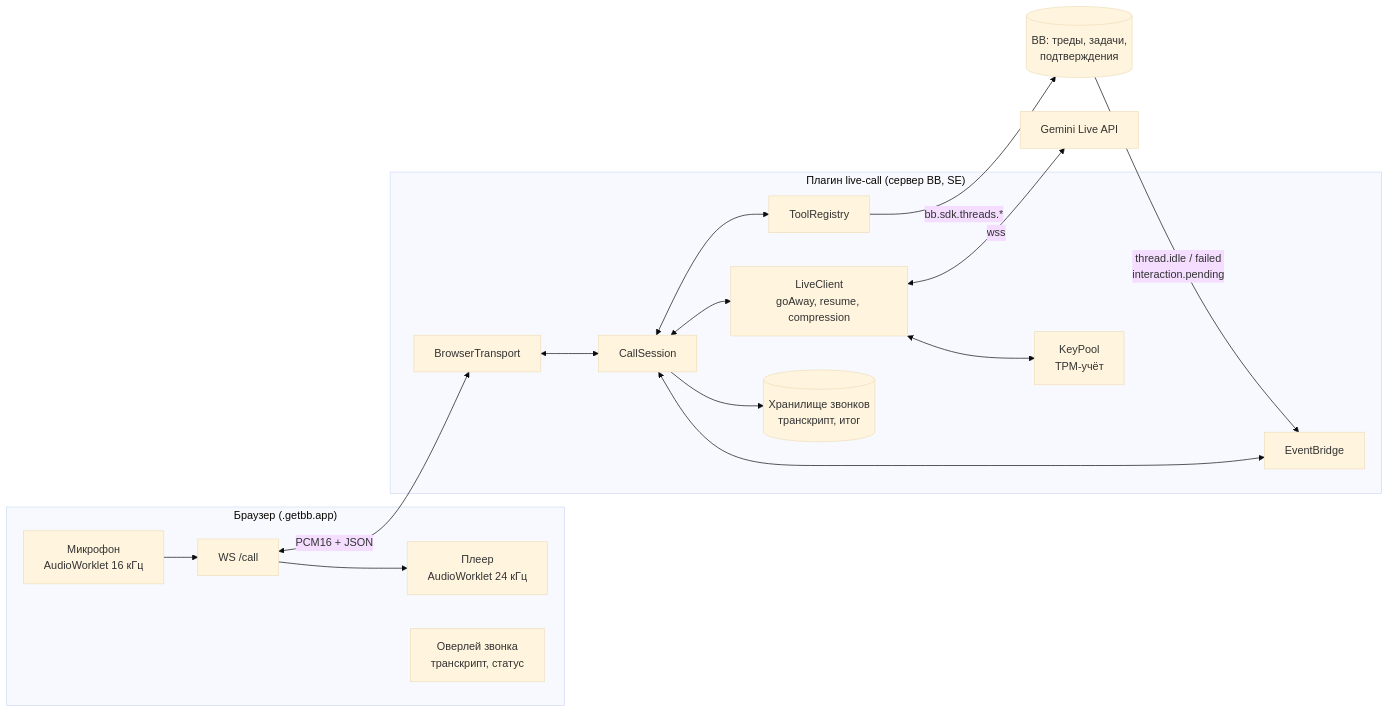
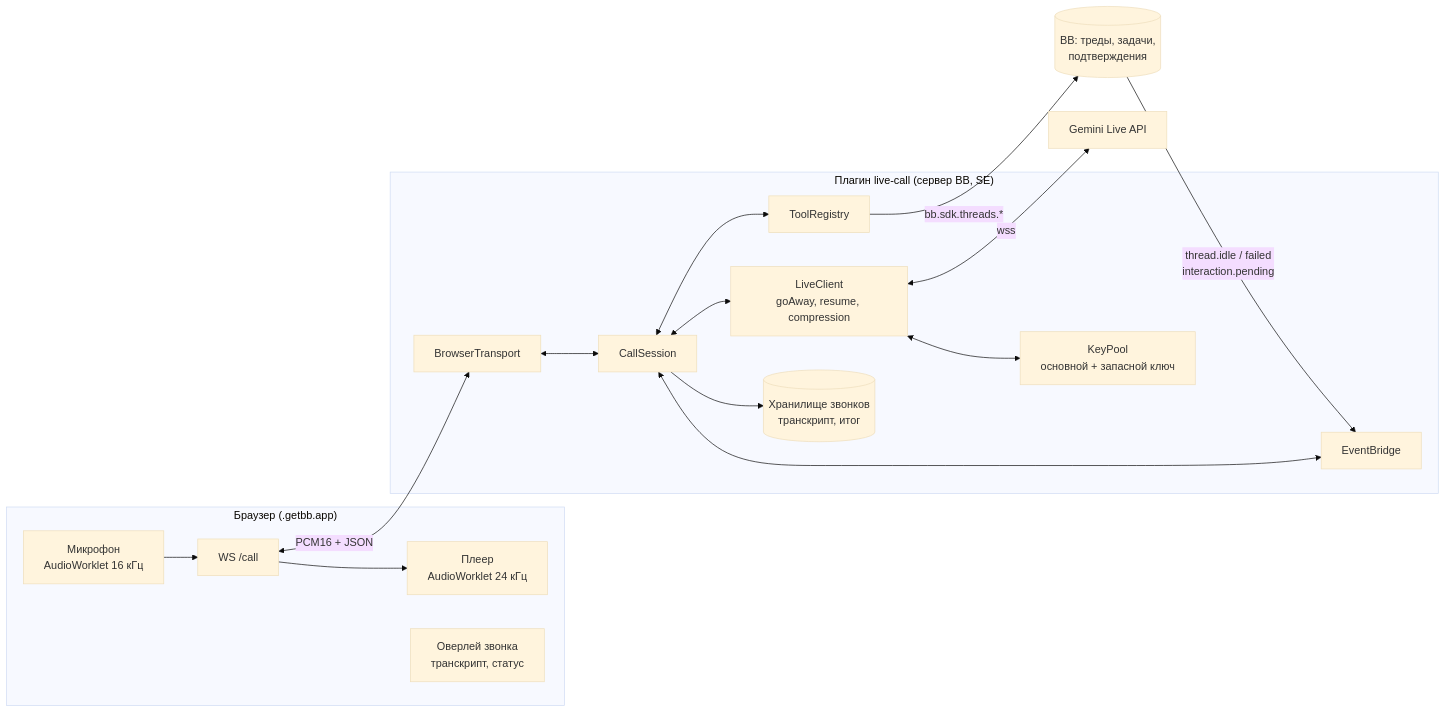
The first of 4 diagrams in docs/specs/live-call.md (nick8cyber/bb-addons), drawn with Mermaid (base theme) before and after one commit. The commit also changed other lines of this file and 1 other file, not shown here.

First line of the commit message:
docs(live-call): describe keys as a primary and a backup, not a rotating pool

````diff
--- a/docs/specs/live-call.md
+++ b/docs/specs/live-call.md
@@ -64,20 +63,20 @@
 ```mermaid
 flowchart LR
   subgraph Browser["Браузер (<bb>.getbb.app)"]
     MIC[Микрофон<br/>AudioWorklet 16 кГц] --> WSB
     WSB[WS /call] --> SPK[Плеер<br/>AudioWorklet 24 кГц]
     UI[Оверлей звонка<br/>транскрипт, статус]
   end
   subgraph Server["Плагин live-call (сервер BB, SE)"]
     TR[BrowserTransport] <--> SM[CallSession]
     SM <--> LC[LiveClient<br/>goAway, resume, compression]
     SM <--> TL[ToolRegistry]
     SM <--> EB[EventBridge]
-    LC <--> KP[KeyPool<br/>TPM-учёт]
+    LC <--> KP[KeyPool<br/>основной + запасной ключ]
     SM --> ST[(Хранилище звонков<br/>транскрипт, итог)]
   end
   WSB <-->|PCM16 + JSON| TR
   LC <-->|wss| G[Gemini Live API]
   TL -->|bb.sdk.threads.*| BB[(BB: треды, задачи,<br/>подтверждения)]
   BB -->|thread.idle / failed<br/>interaction.pending| EB
 ```
````
